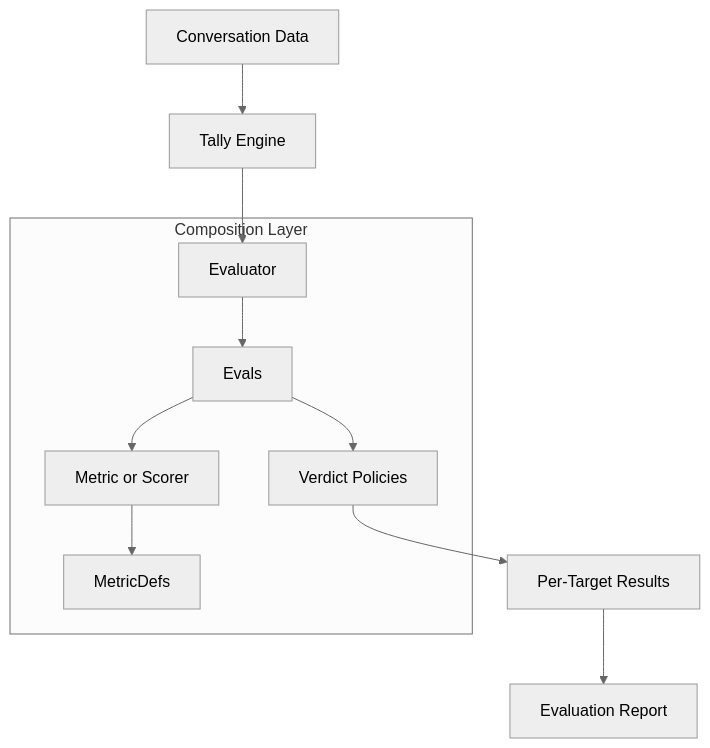
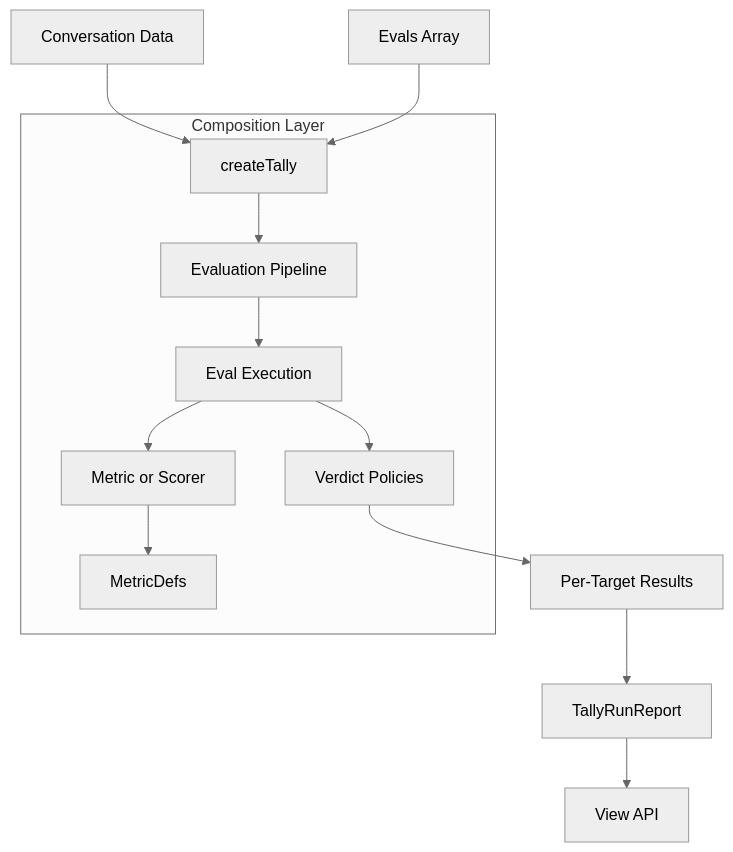
Before and after one commit to tally-evals/tally: the diagram in apps/docs/content/docs/tally/concepts.mdx, drawn with Mermaid (neutral theme). The commit also changed other lines of this file and 16 other files, not shown here.

First line of the commit message:
Refactor Tally metrics and evaluation framework for improved clarity and type safety

````diff
--- a/apps/docs/content/docs/tally/concepts.mdx
+++ b/apps/docs/content/docs/tally/concepts.mdx
@@ -195,15 +184,17 @@
 ```mermaid
 graph TD
-    Data[Conversation Data] --> Engine[Tally Engine]
-    Engine --> Evaluator[Evaluator]
+    Data[Conversation Data] --> Tally[createTally]
+    Evals[Evals Array] --> Tally
     
     subgraph "Composition Layer"
-        Evaluator --> Evals[Evals]
-        Evals --> Verdicts[Verdict Policies]
-        Evals --> Logic[Metric or Scorer]
+        Tally --> Pipeline[Evaluation Pipeline]
+        Pipeline --> EvalExec[Eval Execution]
+        EvalExec --> Verdicts[Verdict Policies]
+        EvalExec --> Logic[Metric or Scorer]
         Logic --> RawMetrics[MetricDefs]
     end
 
     Verdicts --> Results[Per-Target Results]
-    Results --> Report[Evaluation Report]
+    Results --> Report[TallyRunReport]
+    Report --> View[View API]
 ```
````
